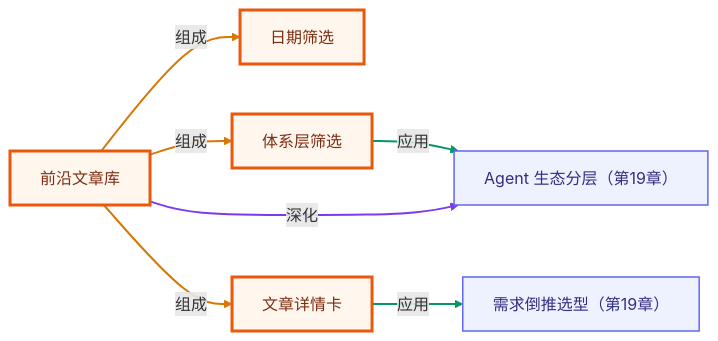
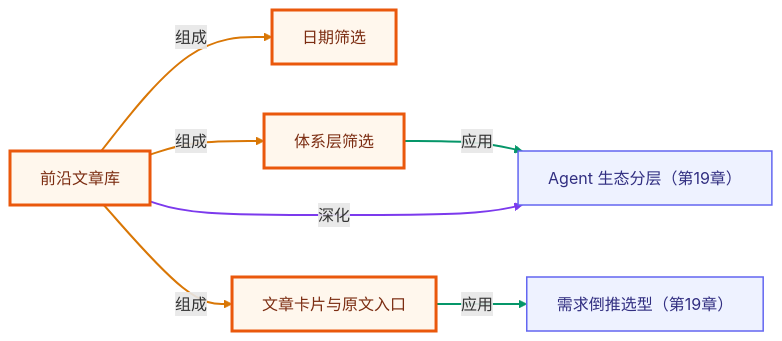
Before and after one commit to songuu/agent: the second of 2 diagrams in lessons/20-agent-frontier-news/README.md, drawn with Mermaid. The commit also changed other lines of this file and 59 other files, not shown here.

````diff
--- a/lessons/20-agent-frontier-news/README.md
+++ b/lessons/20-agent-frontier-news/README.md
@@ -136,25 +141,25 @@
 ```mermaid
 graph LR
   classDef own fill:#fff7ed,stroke:#ea580c,stroke-width:3px,color:#7c2d12;
   classDef cross fill:#eef2ff,stroke:#6366f1,stroke-width:1.5px,color:#312e81;
   n_c20_news_archive["前沿文章库"]
   n_c20_date_filter["日期筛选"]
   n_c20_layer_filter["体系层筛选"]
-  n_c20_article_detail["文章详情卡"]
+  n_c20_article_detail["文章卡片与原文入口"]
   n_c19_ecosystem_layers["Agent 生态分层（第19章）"]
   n_c19_stack_selection["需求倒推选型（第19章）"]
   n_c20_news_archive -->|组成| n_c20_date_filter
   n_c20_news_archive -->|组成| n_c20_layer_filter
   n_c20_news_archive -->|组成| n_c20_article_detail
   n_c20_layer_filter -->|应用| n_c19_ecosystem_layers
   n_c20_article_detail -->|应用| n_c19_stack_selection
   n_c20_news_archive -->|深化| n_c19_ecosystem_layers
   class n_c20_news_archive,n_c20_date_filter,n_c20_layer_filter,n_c20_article_detail own;
   class n_c19_ecosystem_layers,n_c19_stack_selection cross;
   linkStyle 0 stroke:#d97706,stroke-width:2px;
   linkStyle 1 stroke:#d97706,stroke-width:2px;
   linkStyle 2 stroke:#d97706,stroke-width:2px;
   linkStyle 3 stroke:#059669,stroke-width:2px;
   linkStyle 4 stroke:#059669,stroke-width:2px;
   linkStyle 5 stroke:#7c3aed,stroke-width:2px;
 ```
````
